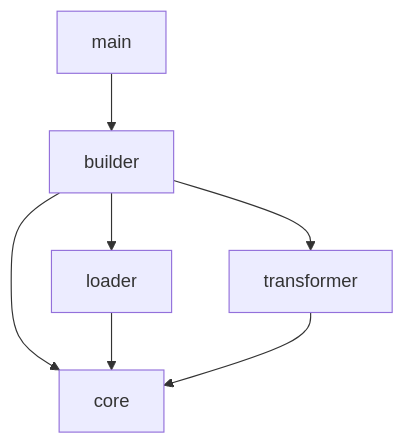
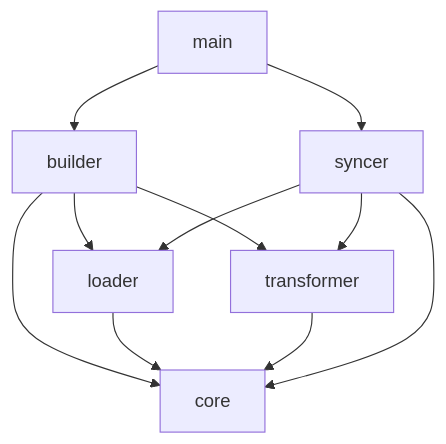
One commit to rwiv/agb changed the diagram in specs/DESIGN.md. Above: the diagram before and after it, drawn with Mermaid. The commit also changed other lines of this file and 4 other files, not shown here.

````diff
--- a/specs/DESIGN.md
+++ b/specs/DESIGN.md
@@ -30,9 +39,13 @@
 ```mermaid
 graph TD
     main --> builder
+    main --> syncer
     builder --> loader
     builder --> transformer
+    syncer --> loader
+    syncer --> transformer
     builder --> core
     loader --> core
     transformer --> core
+    syncer --> core
 ```
````
